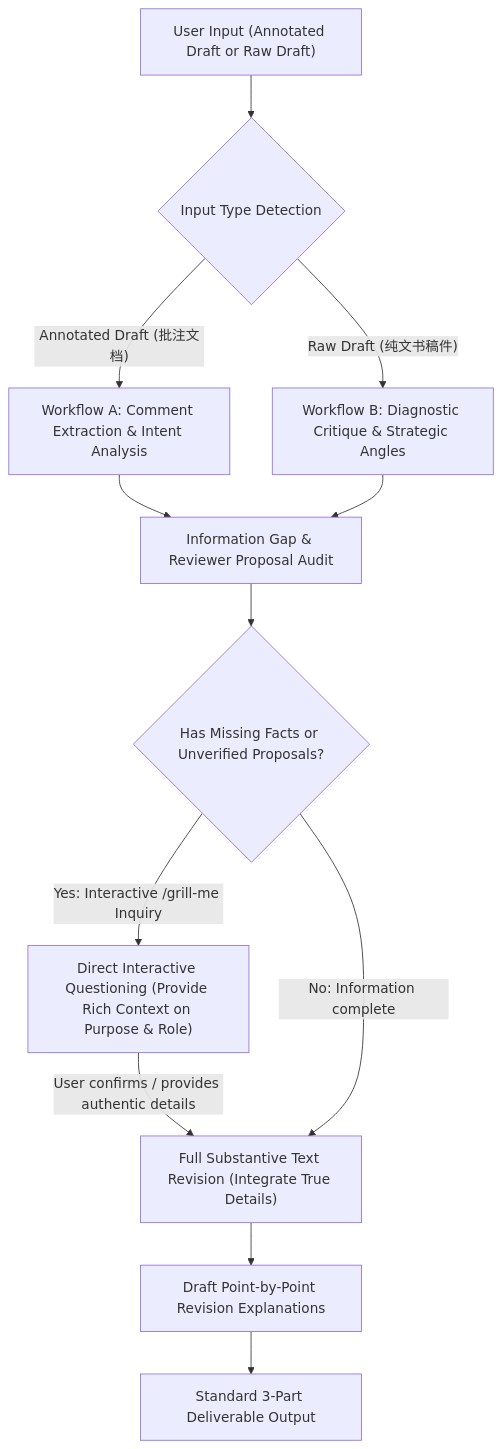
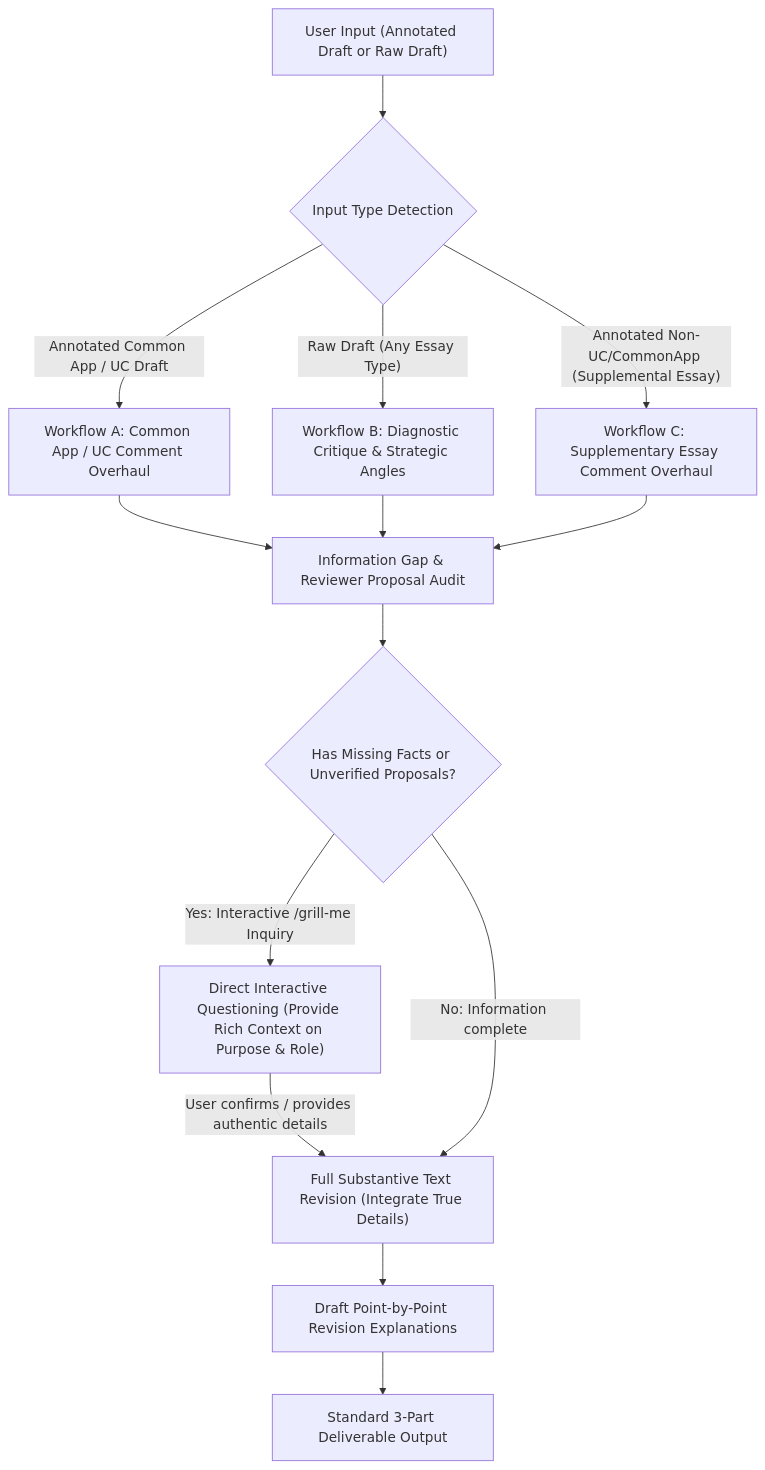
One commit to syun-sann/skills changed the diagram in us-college-essay/SKILL.md. Above: the diagram before and after it, drawn with Mermaid. The commit also changed other lines of this file and 1 other file, not shown here.

Commit message:
updated workflow for supplementary essays

````diff
--- a/us-college-essay/SKILL.md
+++ b/us-college-essay/SKILL.md
@@ -57,13 +58,14 @@
 ```mermaid
 graph TD
     A["User Input (Annotated Draft or Raw Draft)"] --> B{"Input Type Detection"}
-    B -->|"Annotated Draft (批注文档)"| C["Workflow A: Comment Extraction & Intent Analysis"]
-    B -->|"Raw Draft (纯文书稿件)"| D["Workflow B: Diagnostic Critique & Strategic Angles"]
-    C & D --> E["Information Gap & Reviewer Proposal Audit"]
-    E --> F{"Has Missing Facts or Unverified Proposals?"}
-    F -->|"Yes: Interactive /grill-me Inquiry"| G["Direct Interactive Questioning (Provide Rich Context on Purpose & Role)"]
-    G -->|"User confirms / provides authentic details"| H["Full Substantive Text Revision (Integrate True Details)"]
-    F -->|"No: Information complete"| H
-    H --> I["Draft Point-by-Point Revision Explanations"]
-    I --> J["Standard 3-Part Deliverable Output"]
+    B -->|"Annotated Common App / UC Draft"| C["Workflow A: Common App / UC Comment Overhaul"]
+    B -->|"Raw Draft (Any Essay Type)"| D["Workflow B: Diagnostic Critique & Strategic Angles"]
+    B -->|"Annotated Non-UC/CommonApp (Supplemental Essay)"| E["Workflow C: Supplementary Essay Comment Overhaul"]
+    C & D & E --> F["Information Gap & Reviewer Proposal Audit"]
+    F --> G{"Has Missing Facts or Unverified Proposals?"}
+    G -->|"Yes: Interactive /grill-me Inquiry"| H["Direct Interactive Questioning (Provide Rich Context on Purpose & Role)"]
+    H -->|"User confirms / provides authentic details"| I["Full Substantive Text Revision (Integrate True Details)"]
+    G -->|"No: Information complete"| I
+    I --> J["Draft Point-by-Point Revision Explanations"]
+    J --> K["Standard 3-Part Deliverable Output"]
 ```
````
